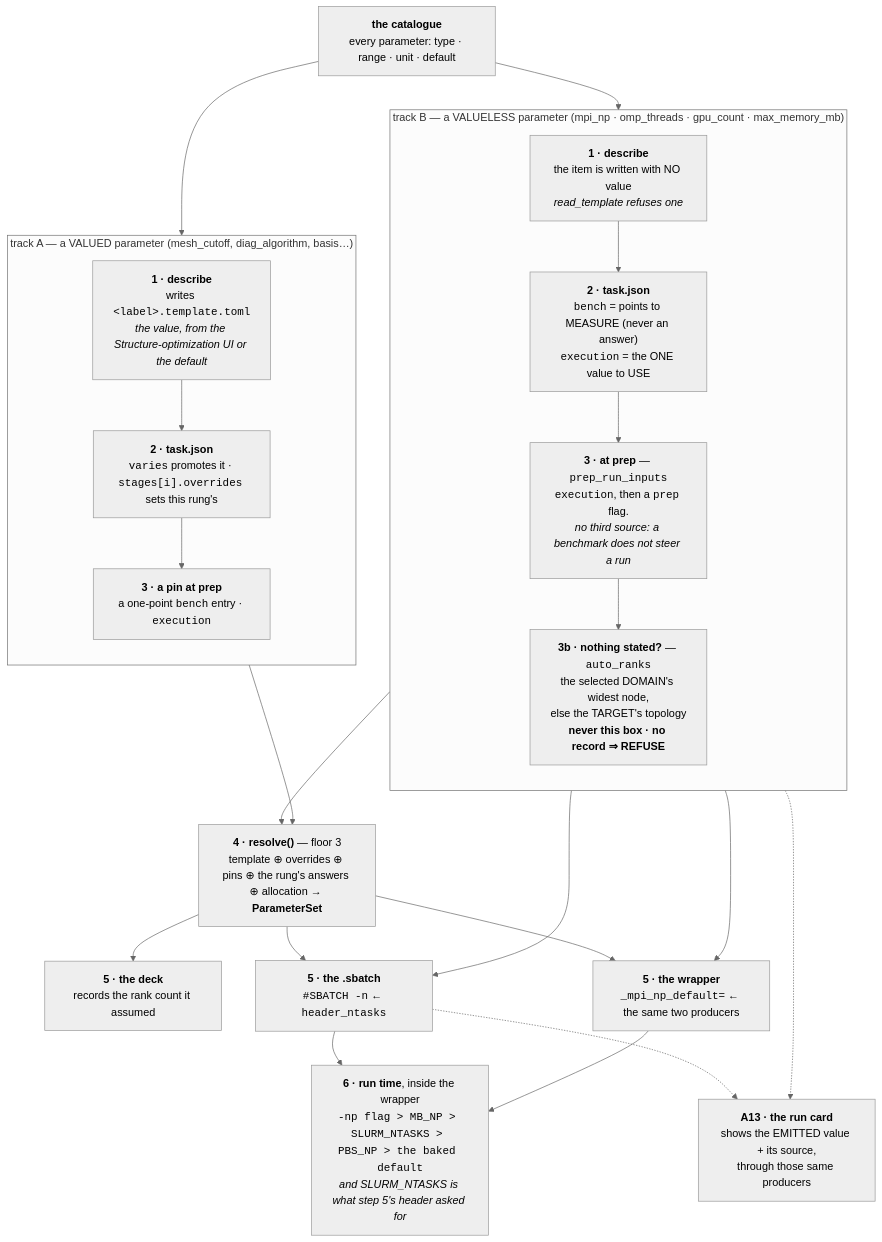
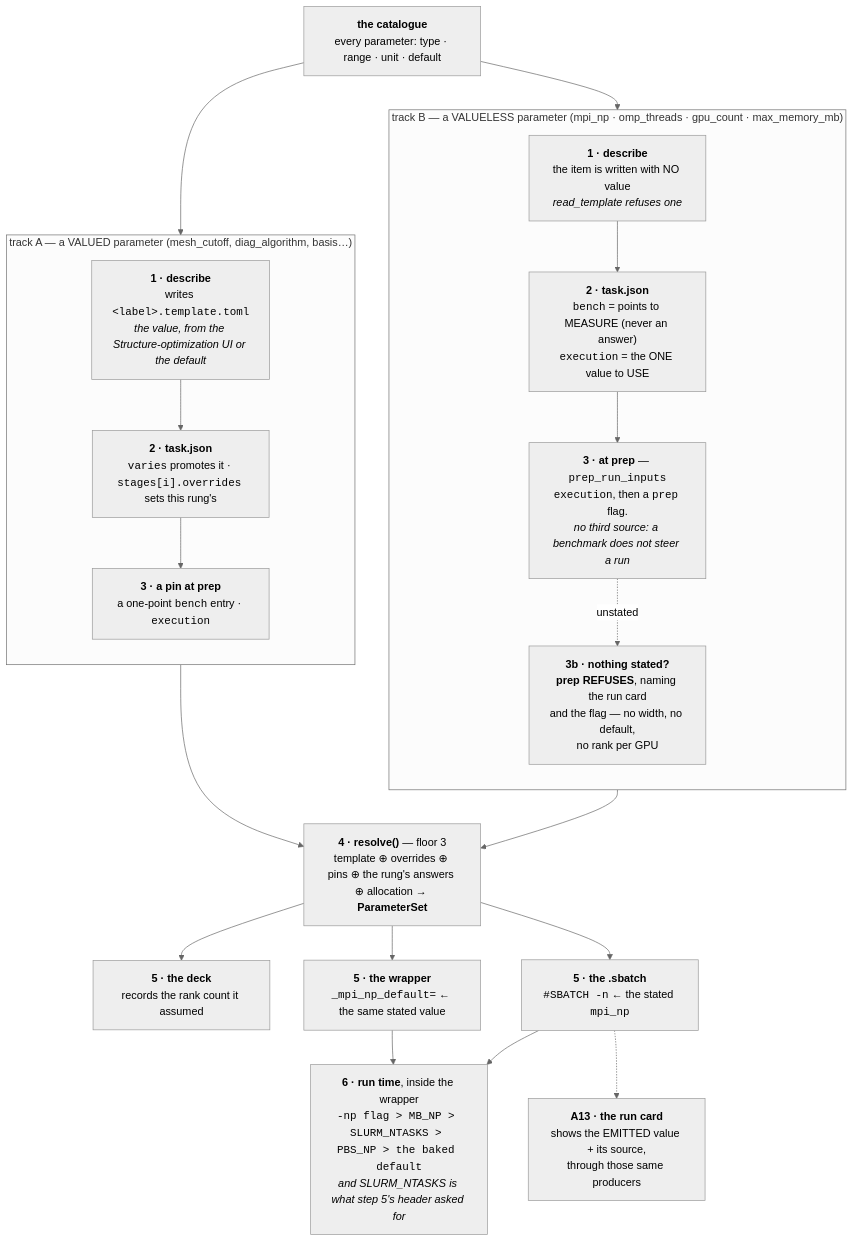
Before and after one commit to Qing-LAB/molbuilder: the sixth of 11 diagrams in docs/execution/architecture.md, drawn with Mermaid (neutral theme). The commit also changed other lines of this file and 118 other files, not shown here.

````diff
--- a/docs/execution/architecture.md
+++ b/docs/execution/architecture.md
@@ -576,42 +577,40 @@
 ```mermaid
 flowchart TB
     CAT["<b>the catalogue</b><br/>every parameter: type · range · unit · default"]
 
     subgraph VAL["track A — a VALUED parameter (mesh_cutoff, diag_algorithm, basis…)"]
         direction TB
         A1["<b>1 · describe</b><br/>writes <code>&lt;label&gt;.template.toml</code><br/><i>the value, from the Structure-optimization UI or the default</i>"]
         A2["<b>2 · task.json</b><br/><code>varies</code> promotes it · <code>stages[i].overrides</code> sets this rung's"]
         A3["<b>3 · a pin at prep</b><br/>a one-point <code>bench</code> entry · <code>execution</code>"]
         A1 --> A2 --> A3
     end
 
     subgraph MACH["track B — a VALUELESS parameter (mpi_np · omp_threads · gpu_count · max_memory_mb)"]
         direction TB
         B1["<b>1 · describe</b><br/>the item is written with NO value<br/><i>read_template refuses one</i>"]
         B2["<b>2 · task.json</b><br/><code>bench</code> = points to MEASURE (never an answer)<br/><code>execution</code> = the ONE value to USE"]
         B3["<b>3 · at prep</b> — <code>prep_run_inputs</code><br/><code>execution</code>, then a <code>prep</code> flag.<br/><i>no third source: a benchmark does not steer a run</i>"]
-        B4["<b>3b · nothing stated?</b> — <code>auto_ranks</code><br/>the selected DOMAIN's widest node,<br/>else the TARGET's topology<br/><b>never this box · no record ⇒ REFUSE</b>"]
-        B1 --> B2 --> B3 --> B4
+        B4["<b>3b · nothing stated?</b><br/><b>prep REFUSES</b>, naming the run card<br/>and the flag — no width, no default,<br/>no rank per GPU"]
+        B1 --> B2 --> B3
+        B3 -.->|"unstated"| B4
     end
 
     RES["<b>4 · resolve()</b> — floor 3<br/>template ⊕ overrides ⊕ pins ⊕ the rung's answers ⊕ allocation → <b>ParameterSet</b>"]
     DECK["<b>5 · the deck</b><br/>records the rank count it assumed"]
-    SB["<b>5 · the .sbatch</b><br/><code>#SBATCH -n</code> ← <code>header_ntasks</code>"]
-    WRAP["<b>5 · the wrapper</b><br/><code>_mpi_np_default=</code> ← the same two producers"]
+    SB["<b>5 · the .sbatch</b><br/><code>#SBATCH -n</code> ← the stated <code>mpi_np</code>"]
+    WRAP["<b>5 · the wrapper</b><br/><code>_mpi_np_default=</code> ← the same stated value"]
     RUN["<b>6 · run time</b>, inside the wrapper<br/><code>-np flag &gt; MB_NP &gt; SLURM_NTASKS &gt; PBS_NP &gt; the baked default</code><br/><i>and SLURM_NTASKS is what step 5's header asked for</i>"]
     CARD["<b>A13 · the run card</b><br/>shows the EMITTED value + its source,<br/>through those same producers"]
 
     CAT --> A1
     CAT --> B1
     A3 --> RES
     B3 --> RES
-    B4 --> SB
-    B4 --> WRAP
     RES --> DECK
     RES --> SB
     RES --> WRAP
     SB --> RUN
     WRAP --> RUN
-    B4 -.-> CARD
     SB -.-> CARD
 ```
````
